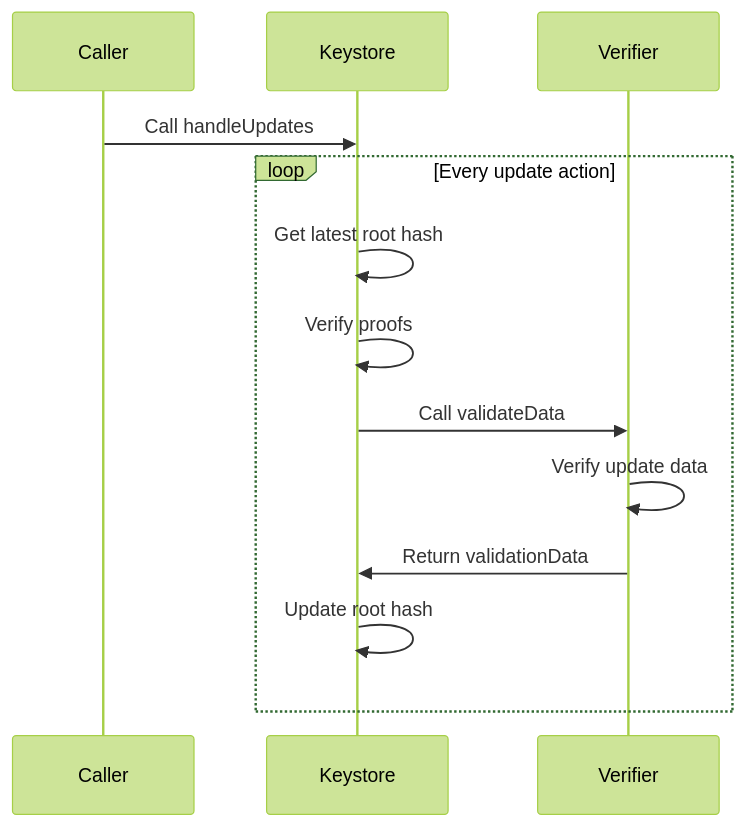
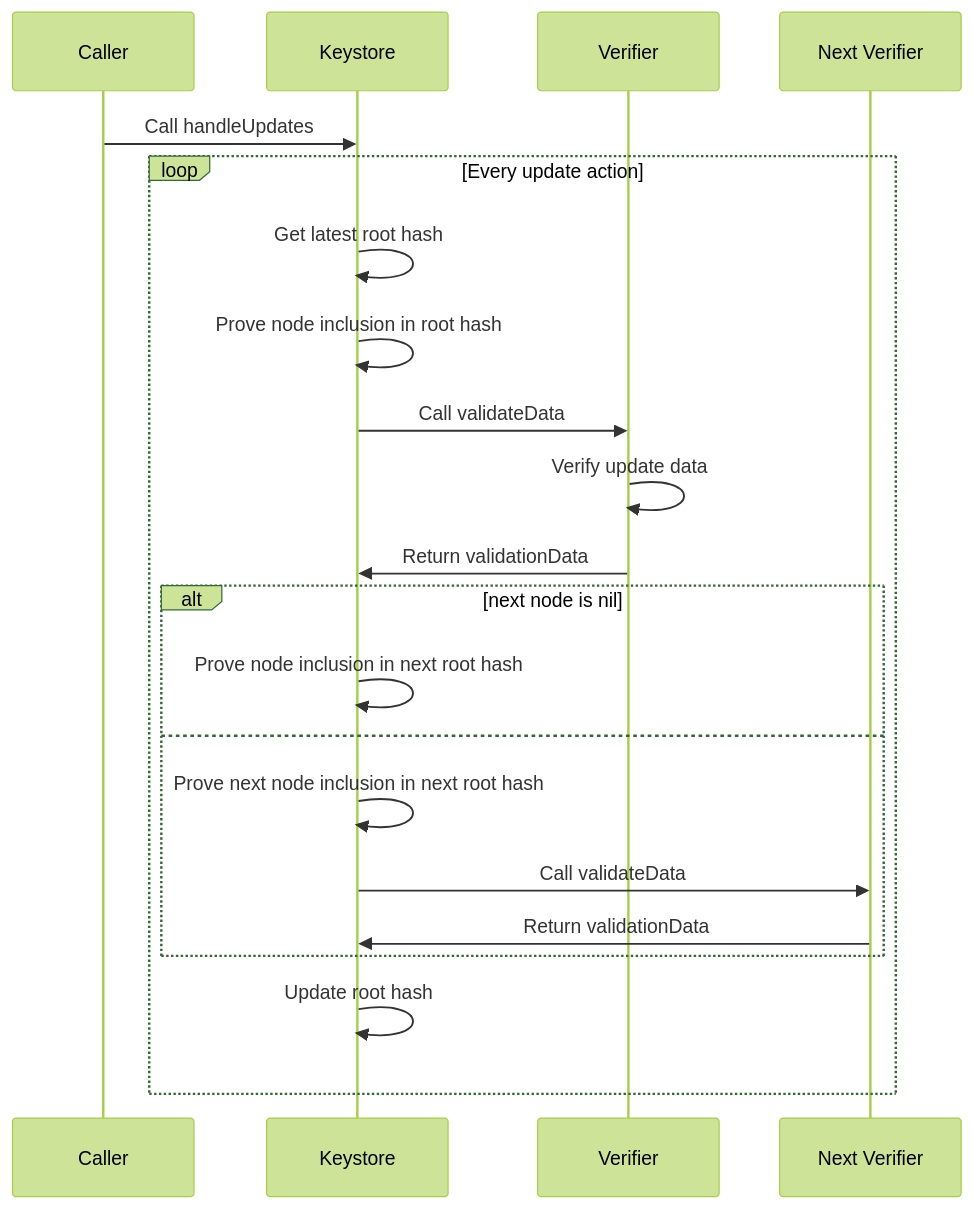
Before and after one commit to stackup-wallet/keystore: the second of 3 diagrams in doc/spec.md, drawn with Mermaid (forest theme). The commit also changed other lines of this file, not shown here.

````diff
--- a/doc/spec.md
+++ b/doc/spec.md
@@ -162,12 +162,19 @@
 ```mermaid
 sequenceDiagram
     Caller->>Keystore: Call handleUpdates
     loop Every update action
         Keystore->>Keystore: Get latest root hash
-        Keystore->>Keystore: Verify proofs
+        Keystore->>Keystore: Prove node inclusion in root hash
         Keystore->>Verifier: Call validateData
         Verifier->>Verifier: Verify update data
         Verifier->>Keystore: Return validationData
+        alt next node is nil
+            Keystore->>Keystore: Prove node inclusion in next root hash
+        else
+            Keystore->>Keystore: Prove next node inclusion in next root hash
+            Keystore->>Next Verifier: Call validateData
+            Next Verifier->>Keystore: Return validationData
+        end
         Keystore->>Keystore: Update root hash
     end
 ```
````
